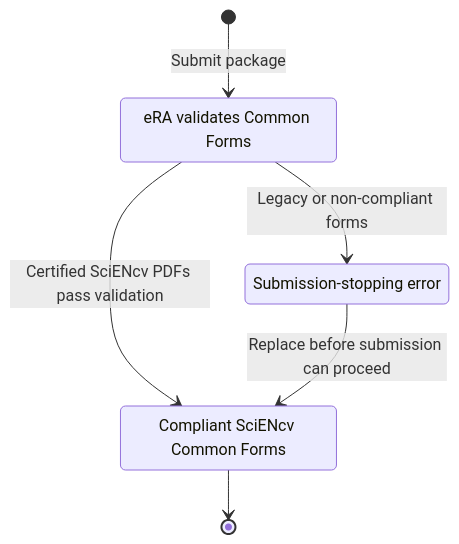
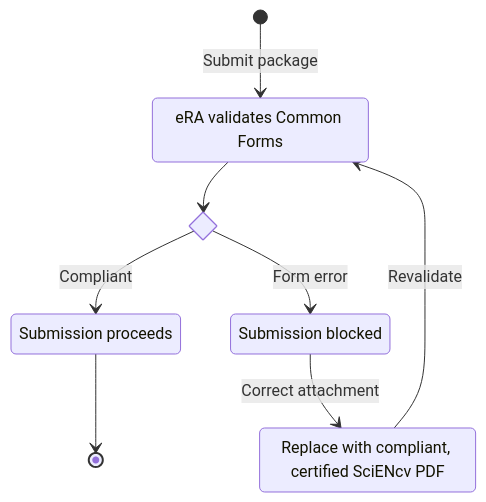
The diagram in docs/policy/enforcement.md (FritscheLab/nih-sciencv-playbook), drawn with Mermaid before and after one commit. The commit also changed other lines of this file and 60 other files, not shown here.

````diff
--- a/docs/policy/enforcement.md
+++ b/docs/policy/enforcement.md
@@ -15,11 +15,17 @@
 ```mermaid
 stateDiagram-v2
+    accTitle: eRA Common Forms validation and correction loop
+    accDescr: eRA validates submitted Common Forms. Compliant forms pass; noncompliant forms block submission until the attachment is replaced and revalidated.
     state "eRA validates Common Forms" as Validate
-    state "Submission-stopping error" as Error
-    state "Compliant SciENcv Common Forms" as Compliant
+    state ComplianceCheck <<choice>>
+    state "Submission blocked" as Blocked
+    state "Replace with compliant, certified SciENcv PDF" as Replace
+    state "Submission proceeds" as Proceed
     [*] --> Validate: Submit package
-    Validate --> Compliant: Certified SciENcv PDFs pass validation
-    Validate --> Error: Legacy or non-compliant forms
-    Error --> Compliant: Replace before submission can proceed
-    Compliant --> [*]
+    Validate --> ComplianceCheck
+    ComplianceCheck --> Proceed: Compliant
+    ComplianceCheck --> Blocked: Form error
+    Blocked --> Replace: Correct attachment
+    Replace --> Validate: Revalidate
+    Proceed --> [*]
 ```
````
